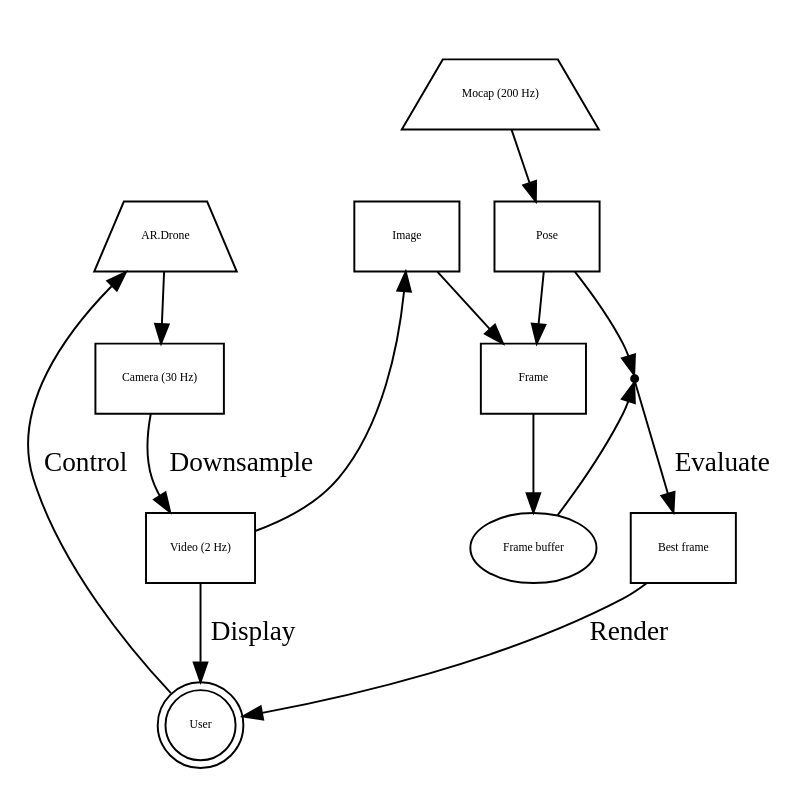
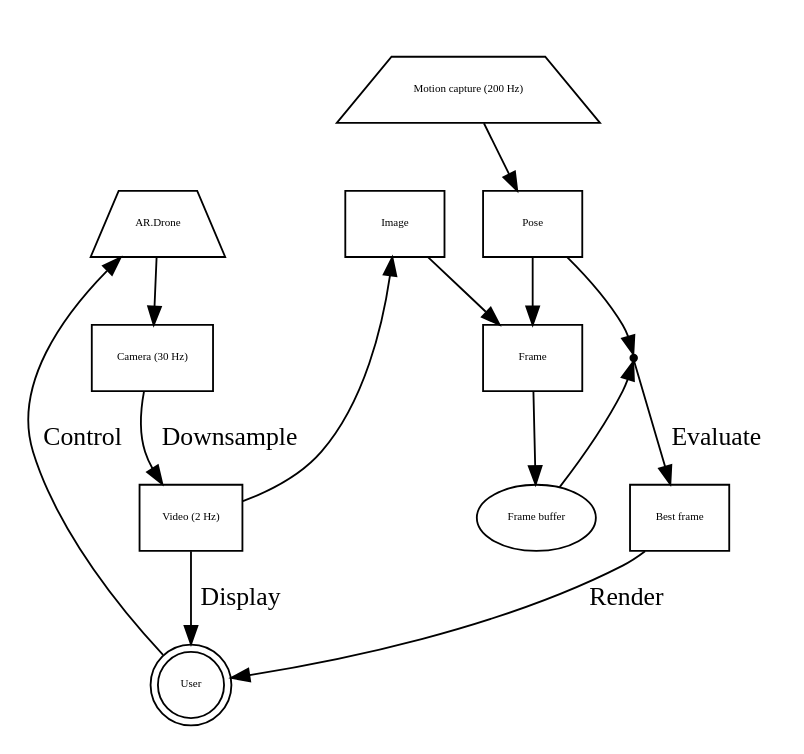
The diagram in reports/thesis/img/flowchart.dot (ahermassi/spirit), drawn with Graphviz before and after one commit. The commit also changed 9 other files, not shown here.

```diff
--- a/reports/thesis/img/flowchart.dot
+++ b/reports/thesis/img/flowchart.dot
@@ -1,44 +1,44 @@
 digraph spirit {
     graph [size = "4,4"]
     node [fontsize=6];
     node [shape = trapezium];
         ardrone [label = "AR.Drone"];
-        mocap [label = "Mocap (200 Hz)"];
+        mocap [label = "Motion capture (200 Hz)"];
     node [shape = oval];
         frames [label = "Frame buffer"];
     node [shape = rect];
         camera [label = "Camera (30 Hz)"];
         selected [label = "Best frame"];
         img [label = "Image"];
         pose [label = "Pose"];
         frame [label = "Frame"];
         slow [label = "Video (2 Hz)"];
     node [shape = doublecircle];
         user [label = "User"];
     node [shape = point];
         joint [];
         
     subgraph cluster0 {
         style ="filled";
         color = "white";
         ardrone -> camera
         camera -> slow [label = "Downsample"];
     }
 
     subgraph cluster1 {
         style ="filled";
         color = "white";
         mocap -> pose;
         img -> frame;
         pose -> frame;
         frame -> frames;
     }
   
     slow -> img;
     slow -> user [label = "Display"];
     frames -> joint;
     pose -> joint;
     joint -> selected [label = "Evaluate"];
     selected -> user [label = "Render"];
     user -> ardrone [label = "Control"];
 }
```
